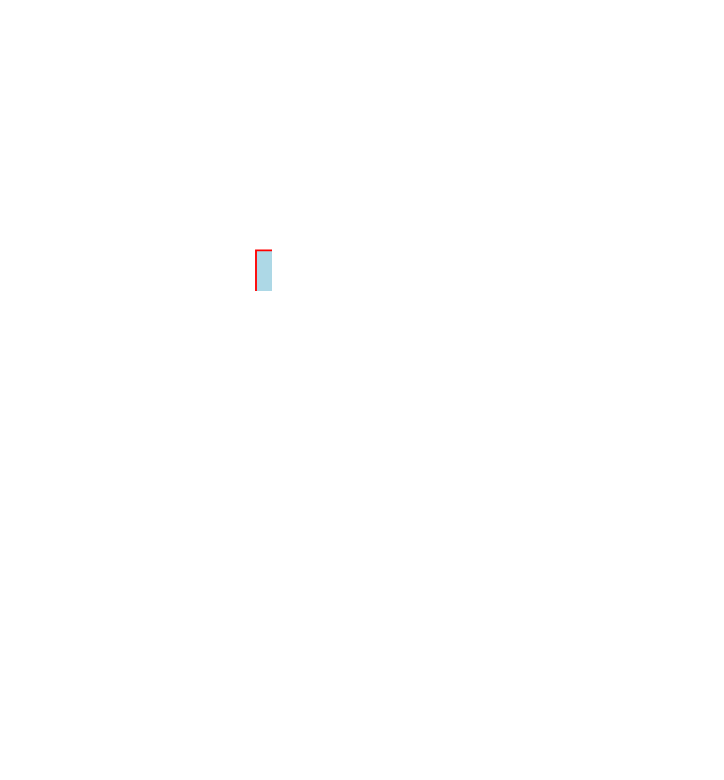
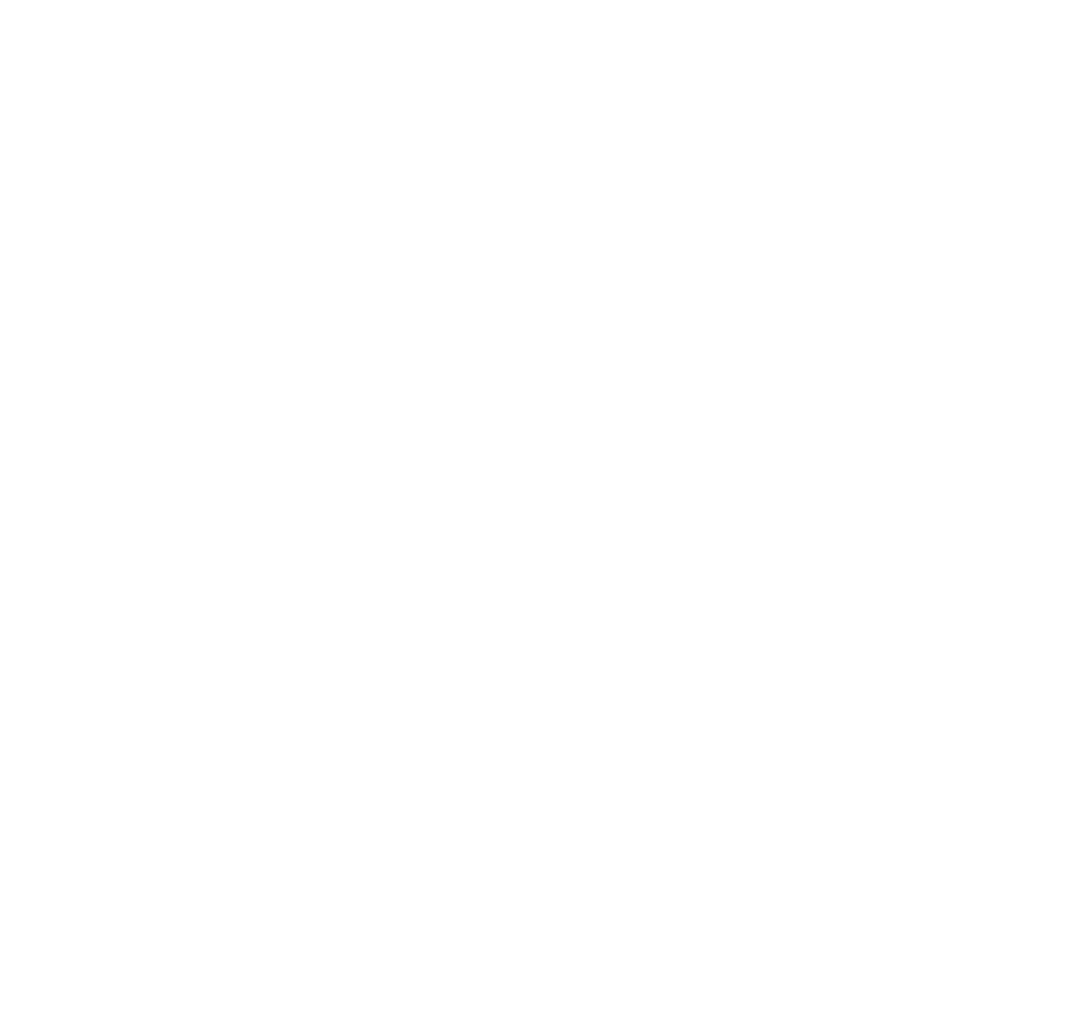
The diagram in data/graph.dot (dodokek/Tree-Structure-Akinator), drawn with Graphviz before and after one commit. The commit also changed 5 other files, not shown here.

```diff
--- a/data/graph.dot
+++ b/data/graph.dot
@@ -1,37 +1,55 @@
 
     digraph g {
         dpi      = 200;
         fontname = "Comic Sans MS";
         fontsize = 20;
         rankdir   =  TB;
         edge [color = darkgrey, arrowhead = onormal, arrowsize = 1, penwidth = 1.2]
         graph[fillcolor = lightgreen, ranksep = 1.3, nodesep = 0.5,
         style = "rounded, filled",color = green, penwidth = 2]
 
-    Node0000021969e53f80[shape=rectangle, color="red", width=0.2, style="filled",fillcolor="lightblue", label="Animal"] 
+    Node00000229e4ec3940[shape=rectangle, color="red", width=0.2, style="filled",fillcolor="lightblue", label="Animal"] 
  
-Node0000021969e53940[shape=rectangle, color="red", width=0.2, style="filled",fillcolor="lightblue", label="Bebra"] 
+Node00000229e4ec29b0[shape=rectangle, color="red", width=0.2, style="filled",fillcolor="lightblue", label="Bebra"] 
  
-Node0000021969e7d860[shape=rectangle, color="red", width=0.2, style="filled",fillcolor="lightblue", label="TurboLol"] 
+Node00000229e4ec3970[shape=rectangle, color="red", width=0.2, style="filled",fillcolor="lightblue", label="TurboLol"] 
  
-Node0000021969e7d7d0[shape=rectangle, color="red", width=0.2, style="filled",fillcolor="lightblue", label="Kek"] 
+Node00000229e688b880[shape=rectangle, color="red", width=0.2, style="filled",fillcolor="lightblue", label="koko loko"] 
  
-Node0000021969e53970[shape=rectangle, color="red", width=0.2, style="filled",fillcolor="lightblue", label="Amongus"] 
+Node00000229e688b850[shape=rectangle, color="red", width=0.2, style="filled",fillcolor="lightblue", label="jaja jojo"] 
  
-Node0000021968697b10[shape=rectangle, color="red", width=0.2, style="filled",fillcolor="lightblue", label="Sus"] 
+Node00000229e4ec3f80[shape=rectangle, color="red", width=0.2, style="filled",fillcolor="lightblue", label="Kek"] 
  
-Node0000021968697bb0[shape=rectangle, color="red", width=0.2, style="filled",fillcolor="lightblue", label="NotBebra"] 
+Node00000229e3707d20[shape=rectangle, color="red", width=0.2, style="filled",fillcolor="lightblue", label="Cool"] 
  
-Node0000021968697c50[shape=rectangle, color="red", width=0.2, style="filled",fillcolor="lightblue", label="Sanya"] 
+Node00000229e3707dc0[shape=rectangle, color="red", width=0.2, style="filled",fillcolor="lightblue", label="AlexVlasenko"] 
  
-Node0000021968697cf0[shape=rectangle, color="red", width=0.2, style="filled",fillcolor="lightblue", label="Vlados"] 
+Node00000229e3707e60[shape=rectangle, color="red", width=0.2, style="filled",fillcolor="lightblue", label="Amongus"] 
  
-Node0000021969e53f80->Node0000021969e53940
-Node0000021969e53940->Node0000021969e7d860
-Node0000021969e7d860->Node0000021969e7d7d0
-Node0000021969e7d860->Node0000021969e53970
-Node0000021969e53940->Node0000021968697b10
-Node0000021969e53f80->Node0000021968697bb0
-Node0000021968697bb0->Node0000021968697c50
-Node0000021968697bb0->Node0000021968697cf0
+Node00000229e3707f00[shape=rectangle, color="red", width=0.2, style="filled",fillcolor="lightblue", label="suck dick"] 
+ 
+Node00000229e3707fa0[shape=rectangle, color="red", width=0.2, style="filled",fillcolor="lightblue", label="kek lol"] 
+ 
+Node00000229e3708040[shape=rectangle, color="red", width=0.2, style="filled",fillcolor="lightblue", label="Sus"] 
+ 
+Node00000229e37080e0[shape=rectangle, color="red", width=0.2, style="filled",fillcolor="lightblue", label="NotBebra"] 
+ 
+Node00000229e3708180[shape=rectangle, color="red", width=0.2, style="filled",fillcolor="lightblue", label="Sanya"] 
+ 
+Node00000229e3708220[shape=rectangle, color="red", width=0.2, style="filled",fillcolor="lightblue", label="Vlados"] 
+ 
+Node00000229e4ec3940->Node00000229e4ec29b0
+Node00000229e4ec29b0->Node00000229e4ec3970
+Node00000229e4ec3970->Node00000229e688b880
+Node00000229e688b880->Node00000229e688b850
+Node00000229e688b880->Node00000229e4ec3f80
+Node00000229e4ec3970->Node00000229e3707d20
+Node00000229e3707d20->Node00000229e3707dc0
+Node00000229e3707d20->Node00000229e3707e60
+Node00000229e4ec29b0->Node00000229e3707f00
+Node00000229e3707f00->Node00000229e3707fa0
+Node00000229e3707f00->Node00000229e3708040
+Node00000229e4ec3940->Node00000229e37080e0
+Node00000229e37080e0->Node00000229e3708180
+Node00000229e37080e0->Node00000229e3708220
 }
```
